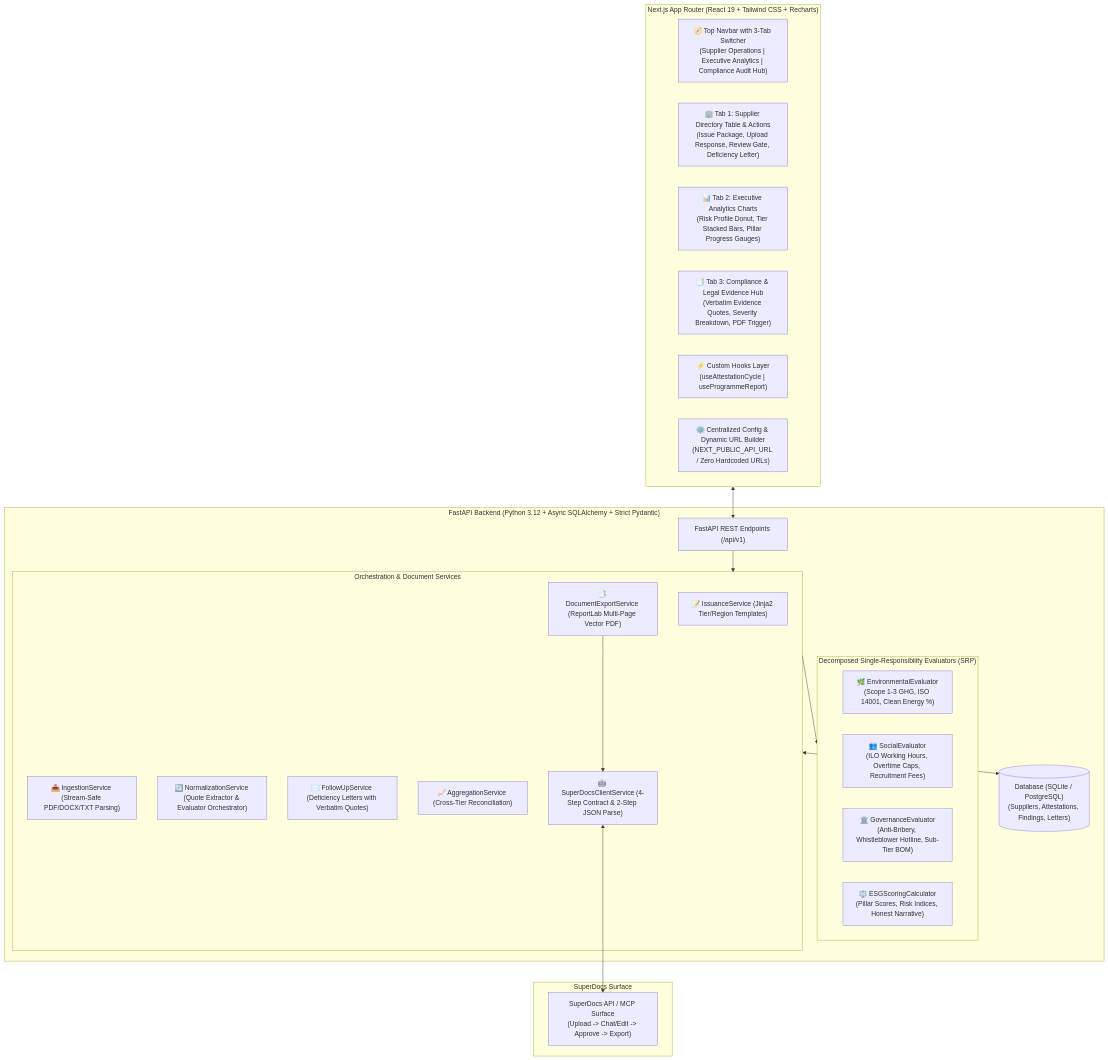
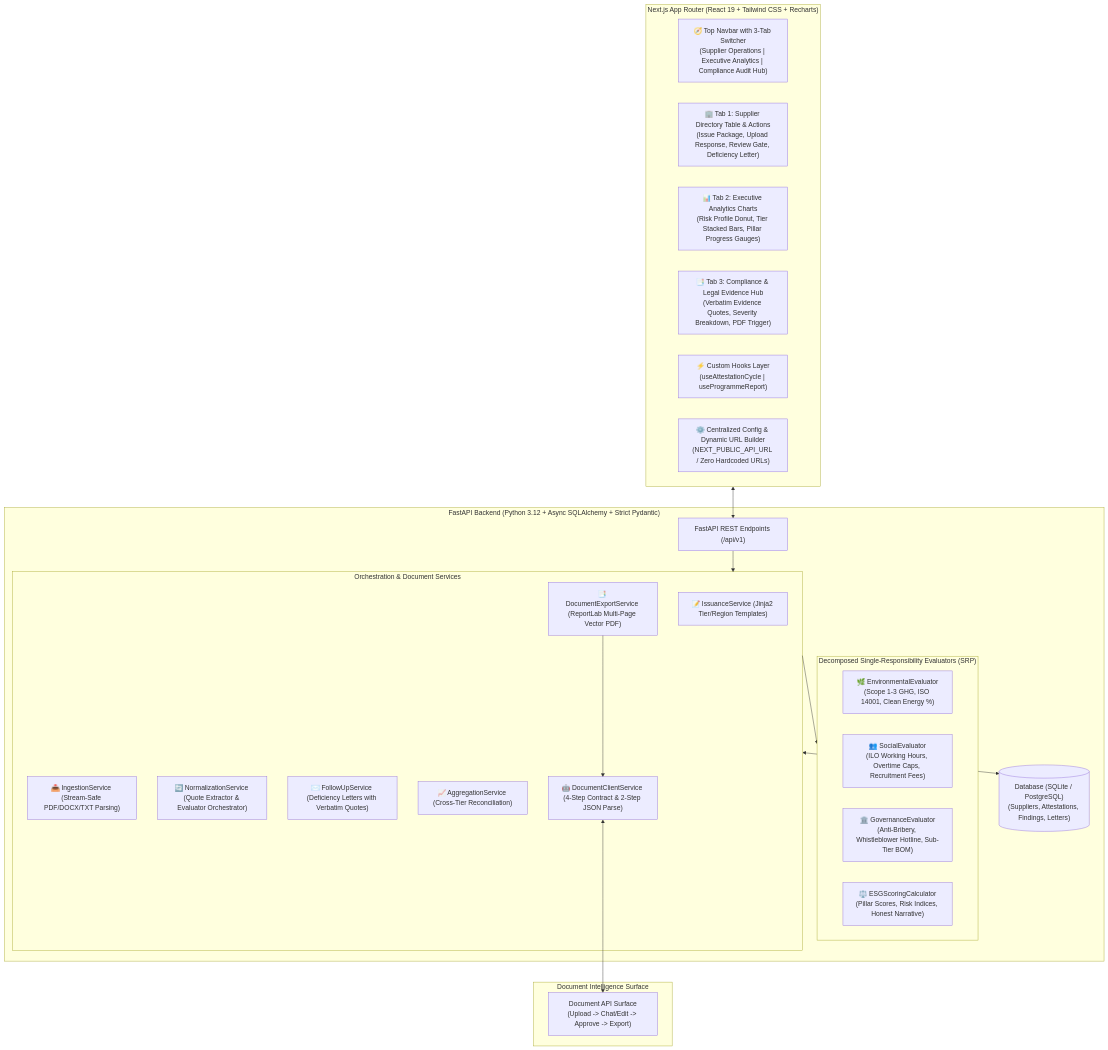
The first of 3 diagrams in README.md (AkshatSoni26/superdocs-task2), drawn with Mermaid before and after one commit. The commit also changed other lines of this file, not shown here.

````diff
--- a/README.md
+++ b/README.md
@@ -44,45 +42,45 @@
 ```mermaid
 flowchart TD
     subgraph Frontend ["Next.js App Router (React 19 + Tailwind CSS + Recharts)"]
         Nav["🧭 Top Navbar with 3-Tab Switcher\n(Supplier Operations | Executive Analytics | Compliance Audit Hub)"]
         Tab1["🏢 Tab 1: Supplier Directory Table & Actions\n(Issue Package, Upload Response, Review Gate, Deficiency Letter)"]
         Tab2["📊 Tab 2: Executive Analytics Charts\n(Risk Profile Donut, Tier Stacked Bars, Pillar Progress Gauges)"]
         Tab3["📑 Tab 3: Compliance & Legal Evidence Hub\n(Verbatim Evidence Quotes, Severity Breakdown, PDF Trigger)"]
         Hooks["⚡ Custom Hooks Layer\n(useAttestationCycle | useProgrammeReport)"]
         Config["⚙️ Centralized Config & Dynamic URL Builder\n(NEXT_PUBLIC_API_URL / Zero Hardcoded URLs)"]
     end
 
     subgraph API_Gateway ["FastAPI Backend (Python 3.12 + Async SQLAlchemy + Strict Pydantic)"]
         Router["FastAPI REST Endpoints (/api/v1)"]
         
         subgraph Evaluators ["Decomposed Single-Responsibility Evaluators (SRP)"]
             EE["🌿 EnvironmentalEvaluator\n(Scope 1-3 GHG, ISO 14001, Clean Energy %)"]
             SE["👥 SocialEvaluator\n(ILO Working Hours, Overtime Caps, Recruitment Fees)"]
             GE["🏛️ GovernanceEvaluator\n(Anti-Bribery, Whistleblower Hotline, Sub-Tier BOM)"]
             SC["⚖️ ESGScoringCalculator\n(Pillar Scores, Risk Indices, Honest Narrative)"]
         end
 
         subgraph CoreServices ["Orchestration & Document Services"]
             Issuance["📝 IssuanceService (Jinja2 Tier/Region Templates)"]
             Ingestion["📥 IngestionService (Stream-Safe PDF/DOCX/TXT Parsing)"]
             Norm["🔄 NormalizationService (Quote Extractor & Evaluator Orchestrator)"]
             FollowUp["✉️ FollowUpService (Deficiency Letters with Verbatim Quotes)"]
             Aggregation["📈 AggregationService (Cross-Tier Reconciliation)"]
             DocExport["📑 DocumentExportService (ReportLab Multi-Page Vector PDF)"]
-            SD_Client["🤖 SuperDocsClientService (4-Step Contract & 2-Step JSON Parse)"]
+            DocClient["🤖 DocumentClientService (4-Step Contract & 2-Step JSON Parse)"]
         end
         
         DB[("Database (SQLite / PostgreSQL)\n(Suppliers, Attestations, Findings, Letters)")]
     end
 
-    subgraph External ["SuperDocs Surface"]
-        SD_Platform["SuperDocs API / MCP Surface\n(Upload -> Chat/Edit -> Approve -> Export)"]
+    subgraph External ["Document Intelligence Surface"]
+        DocPlatform["Document API Surface\n(Upload -> Chat/Edit -> Approve -> Export)"]
     end
 
     Frontend <--> Router
     Router --> CoreServices
     CoreServices --> Evaluators
     CoreServices <--> DB
-    DocExport --> SD_Client
-    SD_Client <--> SD_Platform
+    DocExport --> DocClient
+    DocClient <--> DocPlatform
 ```
````
